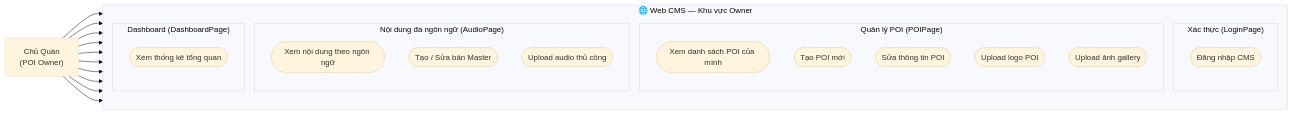
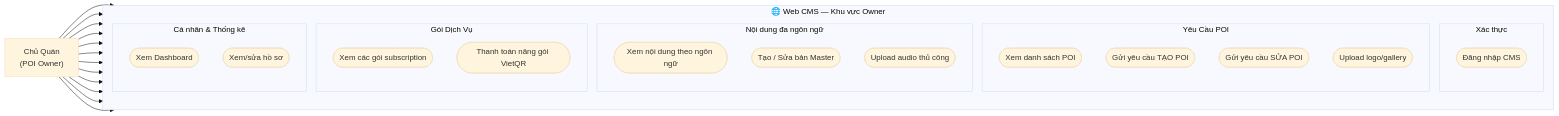
Before and after one commit to quynhtien1977/AudioGo: the second of 58 diagrams in PRD.md, drawn with Mermaid (base theme). The commit also changed other lines of this file, not shown here.

````diff
--- a/PRD.md
+++ b/PRD.md
@@ -581,41 +641,48 @@
 ```mermaid
 flowchart LR
     Owner["Chủ Quán\n(POI Owner)"]
 
     subgraph CMS["🌐 Web CMS — Khu vực Owner"]
         direction TB
 
-        subgraph GRP_AUTH["Xác thực (LoginPage)"]
+        subgraph GRP_AUTH["Xác thực"]
             UC20(["Đăng nhập CMS"])
         end
 
-        subgraph GRP_POI["Quản lý POI (POIPage)"]
-            UC21(["Xem danh sách POI của mình"])
-            UC22(["Tạo POI mới"])
-            UC23(["Sửa thông tin POI"])
-            UC24(["Upload logo POI"])
-            UC25(["Upload ảnh gallery"])
+        subgraph GRP_POI["Yêu Cầu POI"]
+            UC21(["Xem danh sách POI"])
+            UC22(["Gửi yêu cầu TẠO POI"])
+            UC23(["Gửi yêu cầu SỬA POI"])
+            UC24(["Upload logo/gallery"])
         end
 
-        subgraph GRP_CONTENT["Nội dung đa ngôn ngữ (AudioPage)"]
+        subgraph GRP_CONTENT["Nội dung đa ngôn ngữ"]
             UC26(["Xem nội dung theo ngôn ngữ"])
             UC27(["Tạo / Sửa bản Master"])
             UC28(["Upload audio thủ công"])
         end
 
-        subgraph GRP_DASHBOARD["Dashboard (DashboardPage)"]
-            UC29(["Xem thống kê tổng quan"])
+        subgraph GRP_SUB["Gói Dịch Vụ"]
+            UC25(["Xem các gói subscription"])
+            UC29(["Thanh toán nâng gói VietQR"])
+        end
+
+        subgraph GRP_DASHBOARD["Cá nhân & Thống kê"]
+            UC30b(["Xem Dashboard"])
+            UC31b(["Xem/sửa hồ sơ"])
         end
     end
 
     Owner --> UC20
     Owner --> UC21
     Owner --> UC22
     Owner --> UC23
     Owner --> UC24
     Owner --> UC25
     Owner --> UC26
     Owner --> UC27
     Owner --> UC28
     Owner --> UC29
+    Owner --> UC30b
+    Owner --> UC31b
 ```
````
